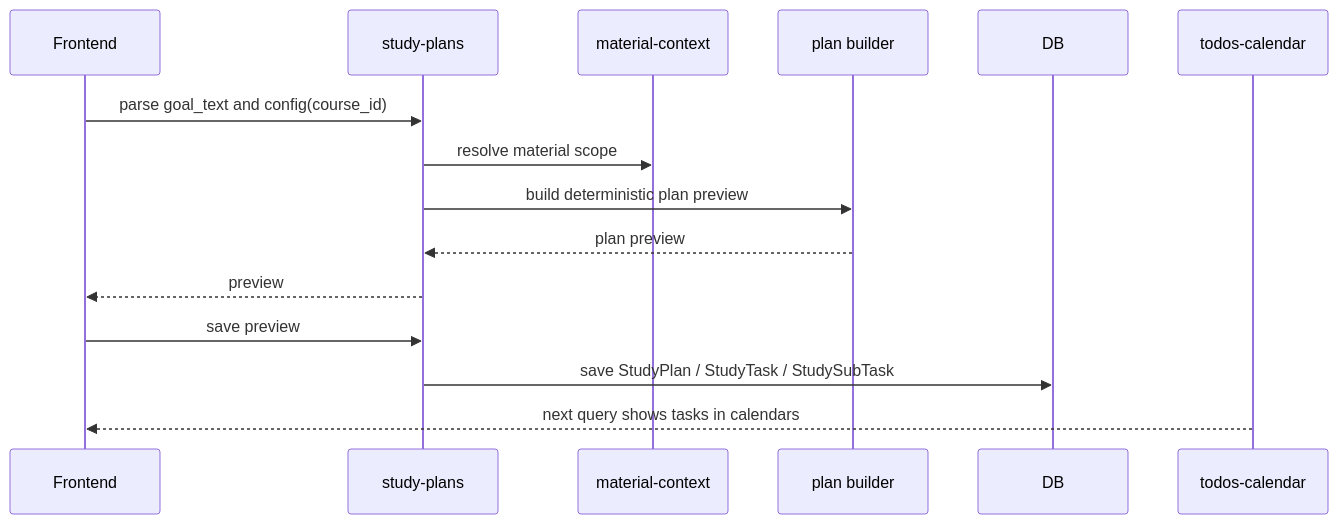
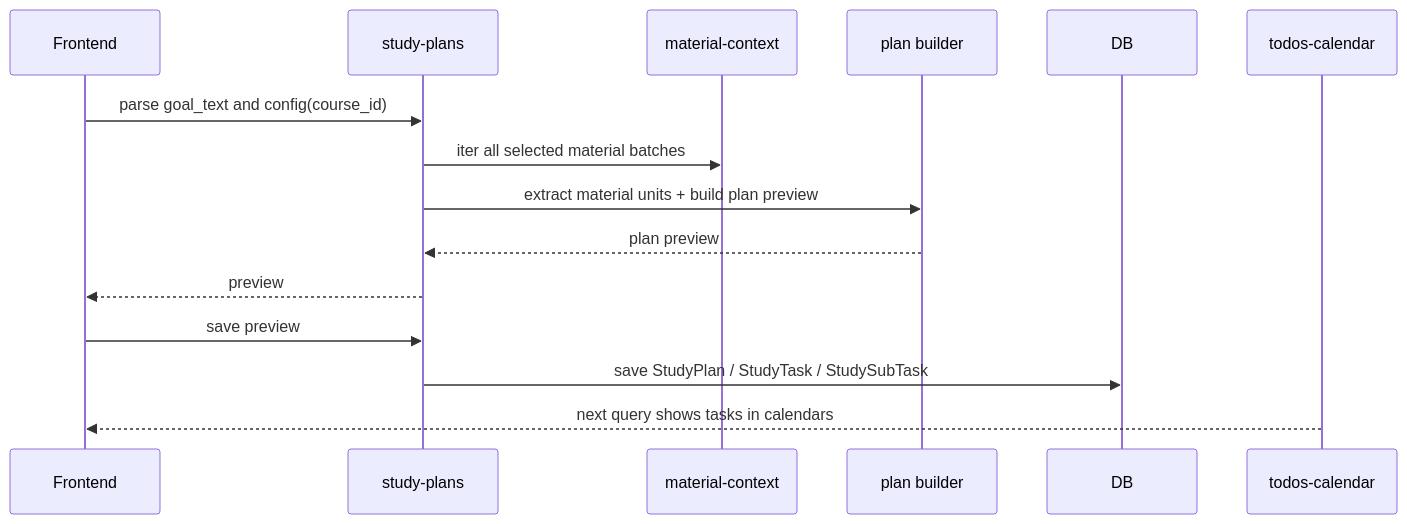
Before and after one commit to cyruan815/CourseNexus: the fourth of 7 diagrams in docs/architecture/runtime-flows.md, drawn with Mermaid. The commit also changed other lines of this file and 15 other files, not shown here.

Commit message:
docs(architecture): 记录本地 RAG 业务与技术方案

````diff
--- a/docs/architecture/runtime-flows.md
+++ b/docs/architecture/runtime-flows.md
@@ -105,18 +123,18 @@
 ```mermaid
 sequenceDiagram
     participant FE as Frontend
     participant SP as study-plans
     participant CTX as material-context
     participant Builder as plan builder
     participant DB as DB
     participant TC as todos-calendar
 
     FE->>SP: parse goal_text and config(course_id)
-    SP->>CTX: resolve material scope
-    SP->>Builder: build deterministic plan preview
+    SP->>CTX: iter all selected material batches
+    SP->>Builder: extract material units + build plan preview
     Builder-->>SP: plan preview
     SP-->>FE: preview
     FE->>SP: save preview
     SP->>DB: save StudyPlan / StudyTask / StudySubTask
     TC-->>FE: next query shows tasks in calendars
 ```
````
